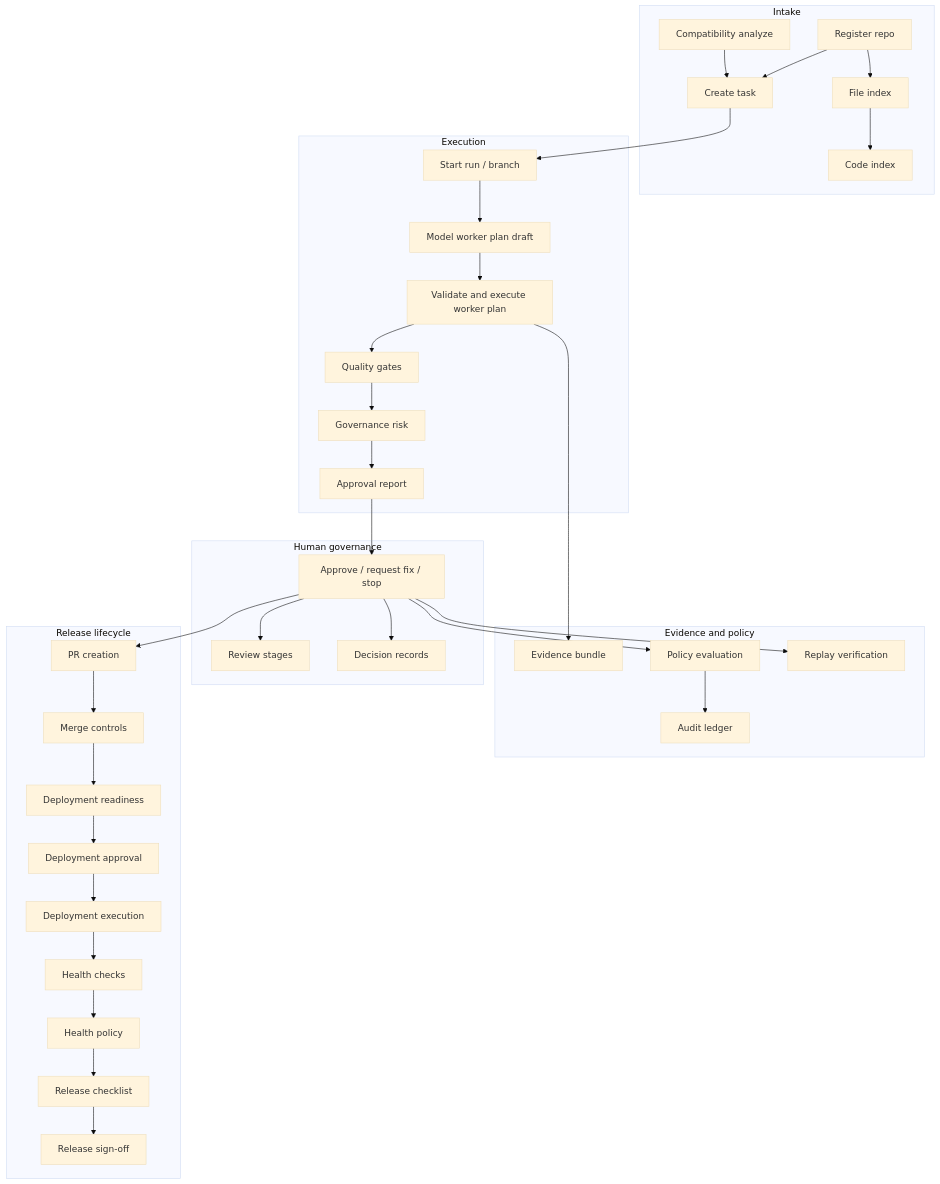
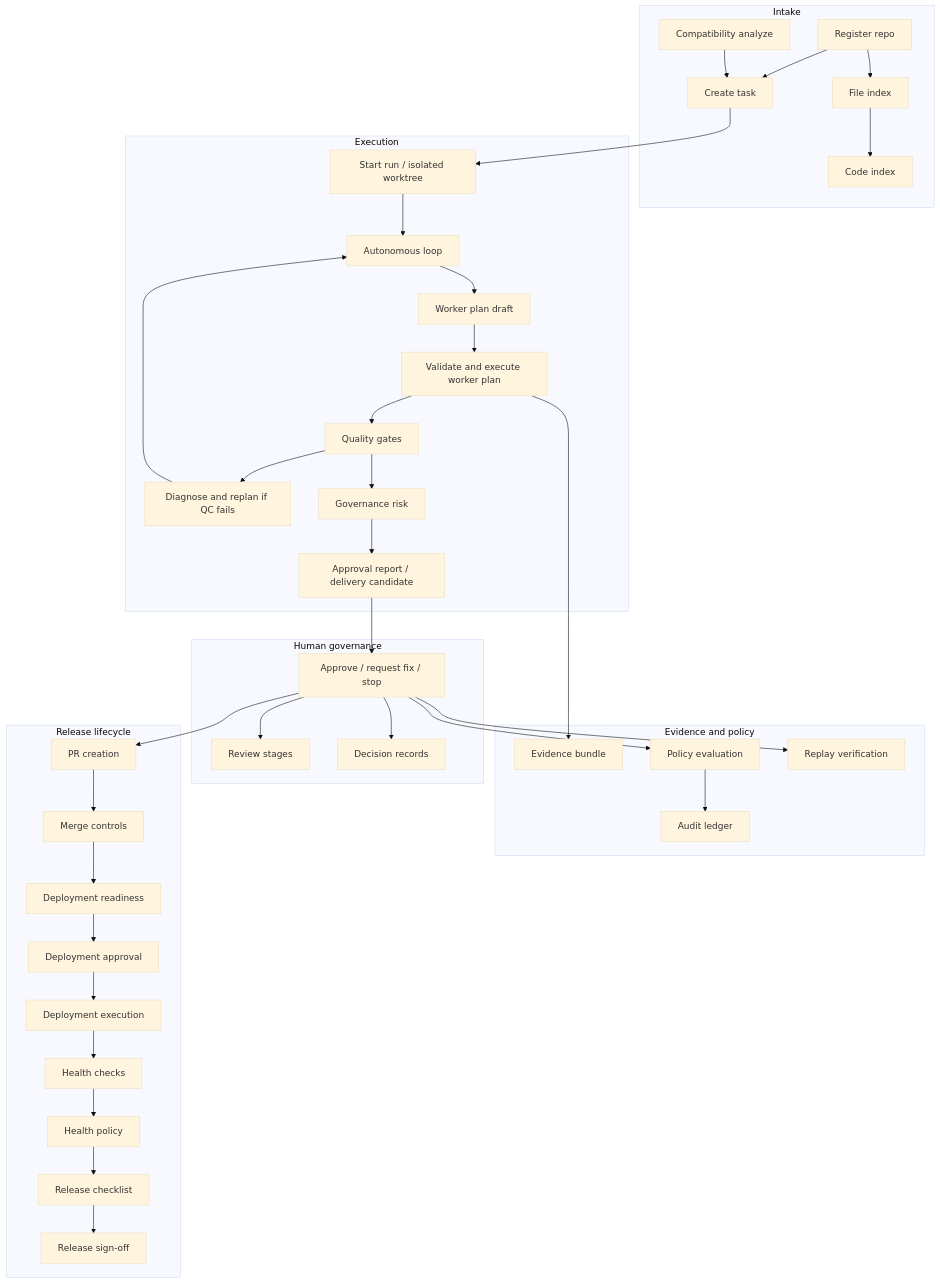
One commit to Nick-VeraLuxAI/Veralux-Engineering-Console changed the diagram in docs/current-architecture.md. Above: the diagram before and after it, drawn with Mermaid (base theme). The commit also changed other lines of this file and 47 other files, not shown here.

````diff
--- a/docs/current-architecture.md
+++ b/docs/current-architecture.md
@@ -55,57 +56,62 @@
 ```mermaid
 flowchart TB
   subgraph intake [Intake]
     R[Register repo]
     FI[File index]
     CI[Code index]
     CA[Compatibility analyze]
     T[Create task]
   end
 
   subgraph execution [Execution]
-    RUN[Start run / branch]
-    DRAFT[Model worker plan draft]
+    AE[Autonomous loop]
+    RUN[Start run / isolated worktree]
+    DRAFT[Worker plan draft]
     WP[Validate and execute worker plan]
     QG[Quality gates]
+    DIAG[Diagnose and replan if QC fails]
     GOV[Governance risk]
-    AR[Approval report]
+    AR[Approval report / delivery candidate]
   end
 
   subgraph human [Human governance]
     AP[Approve / request fix / stop]
     RS[Review stages]
     DR[Decision records]
   end
 
   subgraph evidence [Evidence and policy]
     EB[Evidence bundle]
     POL[Policy evaluation]
     REP[Replay verification]
     AUD[Audit ledger]
   end
 
   subgraph release [Release lifecycle]
     PR[PR creation]
     MG[Merge controls]
     DRD[Deployment readiness]
     DAP[Deployment approval]
     DEX[Deployment execution]
     HC[Health checks]
     HP[Health policy]
     RC[Release checklist]
     RSIG[Release sign-off]
   end
 
   R --> FI --> CI
   R --> T
   CA --> T
-  T --> RUN --> DRAFT --> WP --> QG --> GOV --> AR
+  T --> RUN --> AE
+  AE --> DRAFT --> WP --> QG
+  QG --> DIAG --> AE
+  QG --> GOV --> AR
   AR --> AP
   AP --> RS
   AP --> DR
   WP --> EB
   AP --> POL
   AP --> REP
   POL --> AUD
   AP --> PR --> MG --> DRD --> DAP --> DEX --> HC --> HP --> RC --> RSIG
 ```
````
